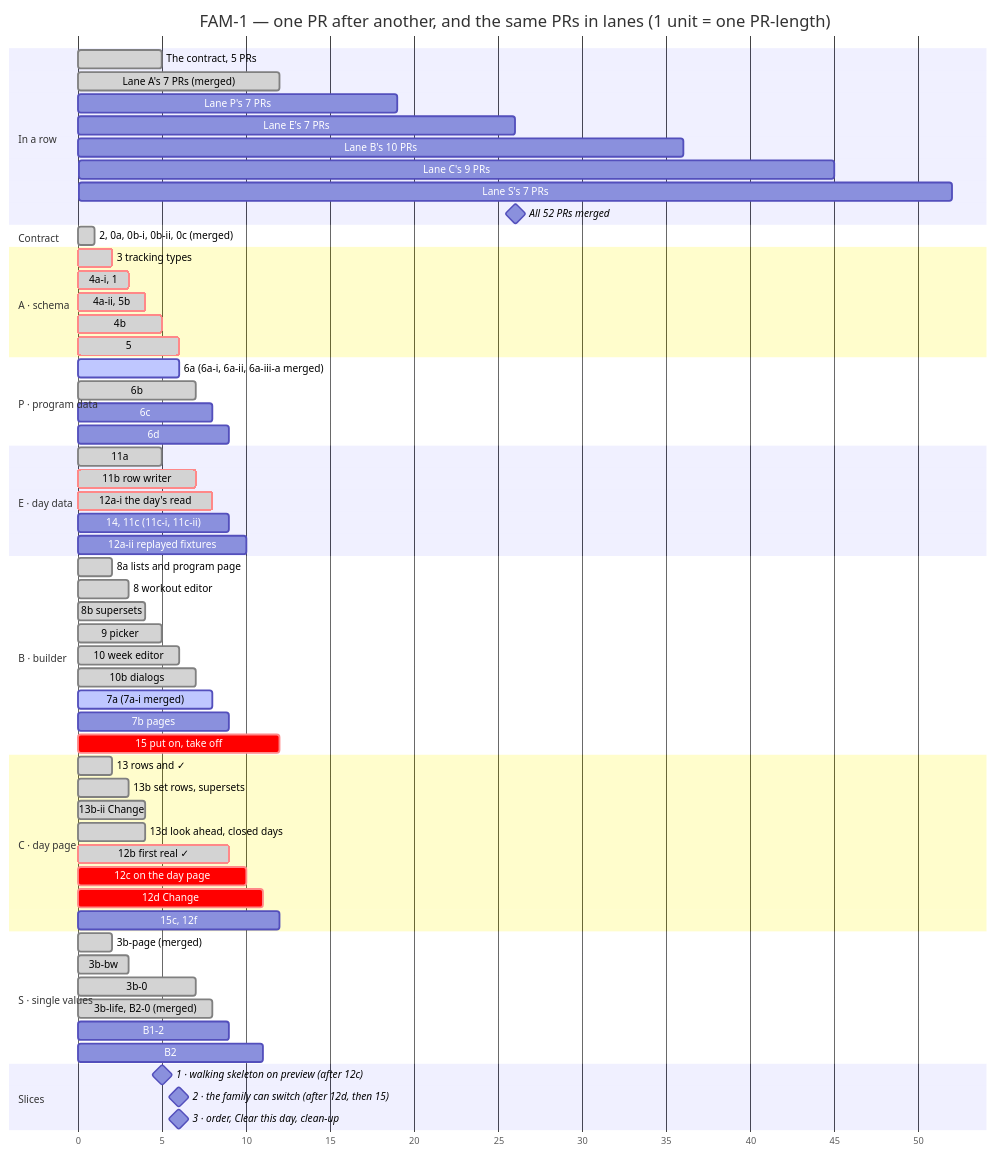
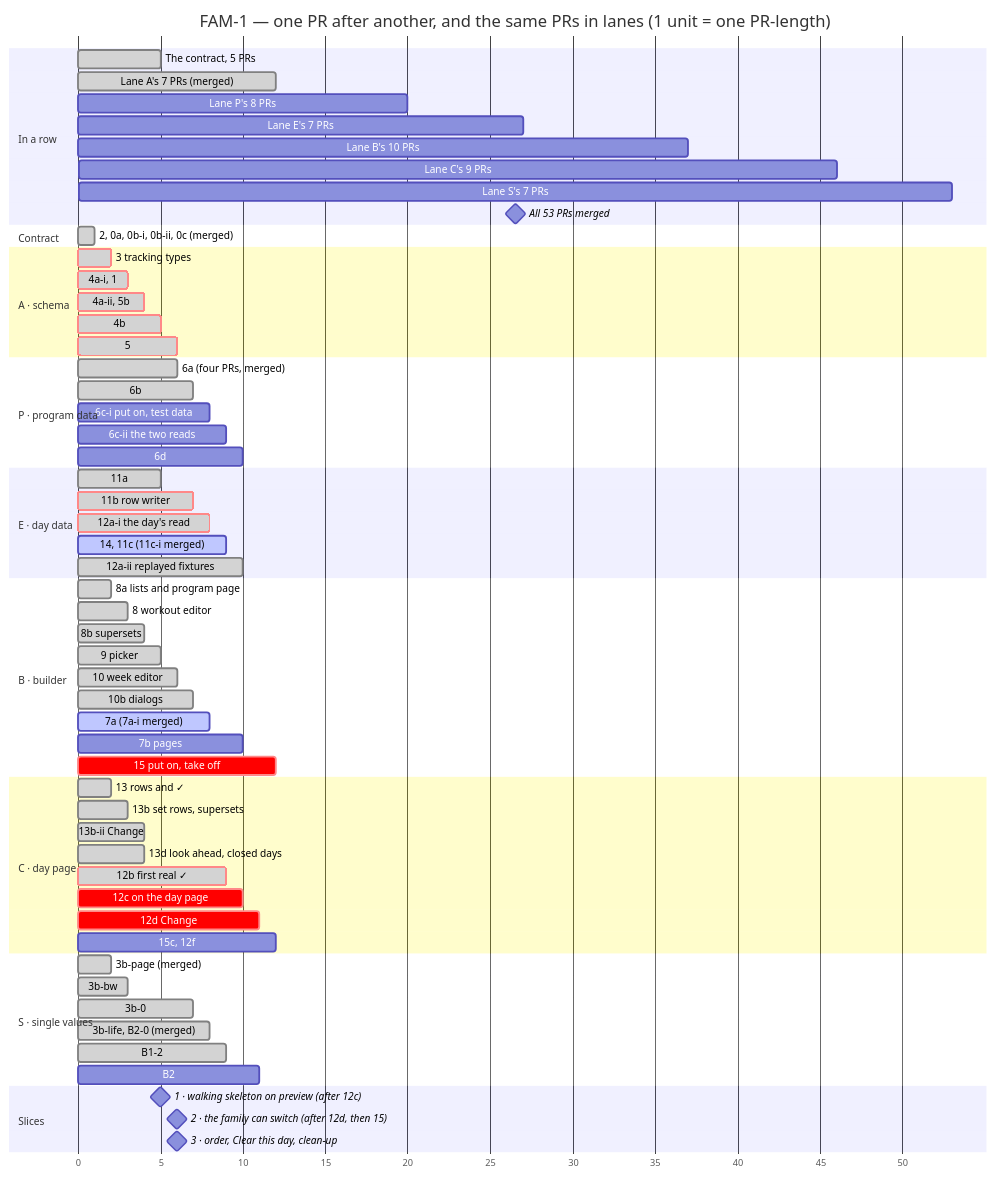
Before and after one commit to ralamode/mat-plan: the second of 2 diagrams in docs/milestones/fam-1-family-program.md, drawn with Mermaid. The commit also changed other lines of this file and 2 other files, not shown here.

First line of the commit message:
docs(fam-1): 6c is two prs; who merges a pr; a library batch merges on lgtm; 40 of 53 (#580)

````diff
--- a/docs/milestones/fam-1-family-program.md
+++ b/docs/milestones/fam-1-family-program.md
@@ -258,74 +260,75 @@
 ```mermaid
 gantt
   title FAM-1 — one PR after another, and the same PRs in lanes (1 unit = one PR-length)
   dateFormat X
   axisFormat %s
   todayMarker off
 
   section In a row
   The contract, 5 PRs          :done, r0, 0, 5
   Lane A's 7 PRs (merged)      :done, r1, 5, 12
-  Lane P's 7 PRs               :r2, 12, 19
-  Lane E's 7 PRs               :r3, 19, 26
-  Lane B's 10 PRs              :r4, 26, 36
-  Lane C's 9 PRs               :r5, 36, 45
-  Lane S's 7 PRs               :r6, 45, 52
-  All 52 PRs merged            :milestone, rm, 52, 52
+  Lane P's 8 PRs               :r2, 12, 20
+  Lane E's 7 PRs               :r3, 20, 27
+  Lane B's 10 PRs              :r4, 27, 37
+  Lane C's 9 PRs               :r5, 37, 46
+  Lane S's 7 PRs               :r6, 46, 53
+  All 53 PRs merged            :milestone, rm, 53, 53
 
   section Contract
   2, 0a, 0b-i, 0b-ii, 0c (merged) :done, c0, 0, 1
 
   section A · schema
   3 tracking types             :crit, done, a1, 1, 2
   4a-i, 1                      :crit, done, a2, 2, 3
   4a-ii, 5b                    :crit, done, a3, 3, 4
   4b                           :crit, done, a4, 4, 5
   5                            :crit, done, a5, 5, 6
 
   section P · program data
-  6a (6a-i, 6a-ii, 6a-iii-a merged) :active, p1, 5, 6
+  6a (four PRs, merged)        :done, p1, 5, 6
   6b                           :done, p2, 6, 7
-  6c                           :p3, 7, 8
-  6d                           :p4, 8, 9
+  6c-i put on, test data       :p3, 7, 8
+  6c-ii the two reads          :p3b, 8, 9
+  6d                           :p4, 9, 10
 
   section E · day data
   11a                          :done, e1, 4, 5
   11b row writer               :crit, done, e2, 5, 7
   12a-i the day's read         :crit, done, e3, 7, 8
-  14, 11c (11c-i, 11c-ii)      :e4, 8, 9
-  12a-ii replayed fixtures     :e5, 9, 10
+  14, 11c (11c-i merged)       :active, e4, 8, 9
+  12a-ii replayed fixtures     :done, e5, 9, 10
 
   section B · builder
   8a lists and program page    :done, b1, 1, 2
   8 workout editor             :done, b2, 2, 3
   8b supersets                 :done, b3, 3, 4
   9 picker                     :done, b4, 4, 5
   10 week editor               :done, b5, 5, 6
   10b dialogs                  :done, b6, 6, 7
   7a (7a-i merged)             :active, b7, 7, 8
-  7b pages                     :b8, 8, 9
+  7b pages                     :b8, 9, 10
   15 put on, take off          :crit, b9, 11, 12
 
   section C · day page
   13 rows and ✓                :done, c1, 1, 2
   13b set rows, supersets      :done, c2, 2, 3
   13b-ii Change                :done, c2b, 3, 4
   13d look ahead, closed days  :done, c3, 3, 4
   12b first real ✓             :crit, done, c4, 8, 9
   12c on the day page          :crit, c5, 9, 10
   12d Change                   :crit, c6, 10, 11
   15c, 12f                     :c7, 11, 12
 
   section S · single values
   3b-page (merged)             :done, s1, 1, 2
   3b-bw                        :done, s2, 2, 3
   3b-0                         :done, s3, 6, 7
   3b-life, B2-0 (merged)       :done, s4, 7, 8
-  B1-2                         :s5, 8, 9
+  B1-2                         :done, s5, 8, 9
   B2                           :s6, 10, 11
 
   section Slices
   1 · walking skeleton on preview (after 12c) :milestone, m1, 10, 10
   2 · the family can switch (after 12d, then 15) :milestone, m2, 12, 12
   3 · order, Clear this day, clean-up         :milestone, m3, 12, 12
 ```
````
